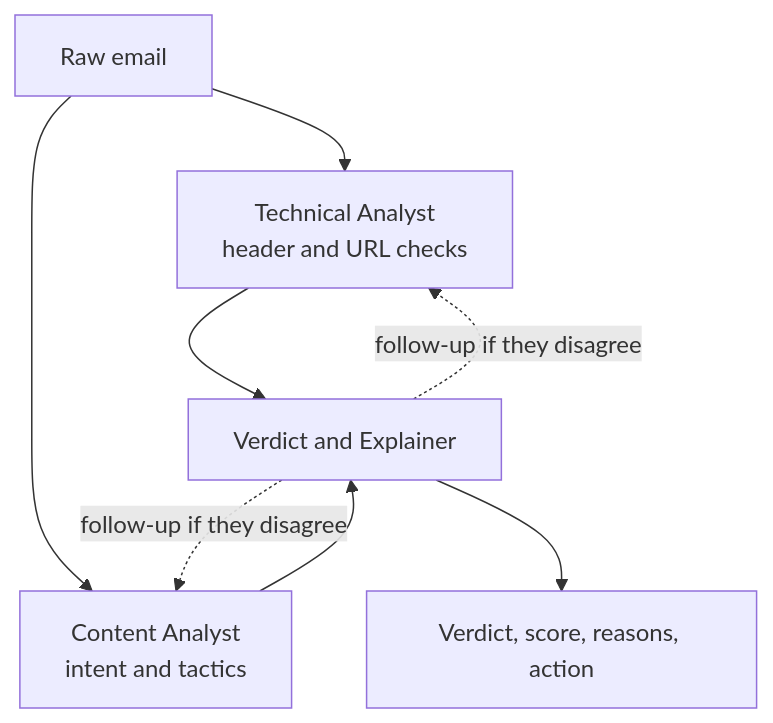
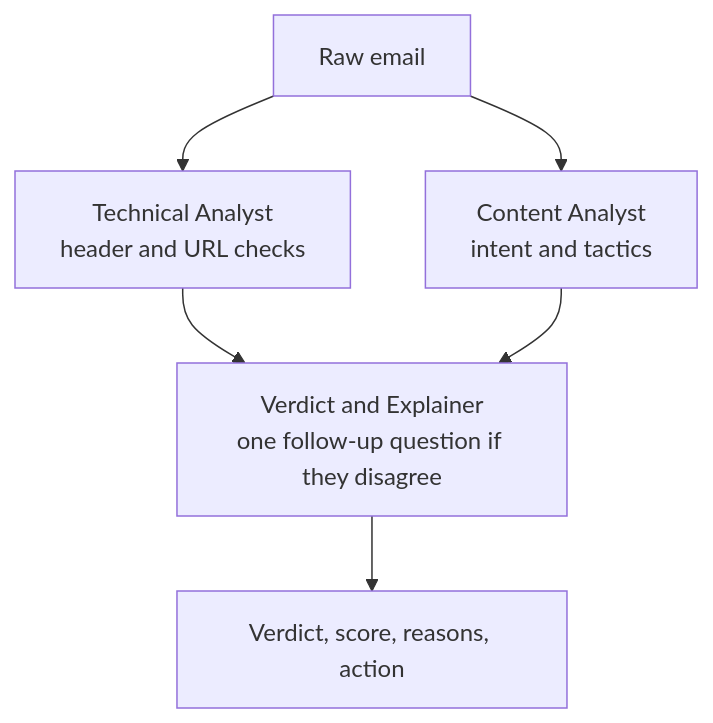
One commit to anriudh/phishing-detection-agents changed the diagram in README.md. Above: the diagram before and after it, drawn with Mermaid.

Commit message:
Simplify the README diagram

````diff
--- a/README.md
+++ b/README.md
@@ -19,10 +19,8 @@
 ```mermaid
 flowchart TD
     E[Raw email] --> T[Technical Analyst<br/>header and URL checks]
     E --> C[Content Analyst<br/>intent and tactics]
-    T --> V[Verdict and Explainer]
+    T --> V[Verdict and Explainer<br/>one follow-up question if they disagree]
     C --> V
-    V -. follow-up if they disagree .-> T
-    V -. follow-up if they disagree .-> C
     V --> O[Verdict, score, reasons, action]
 ```
````
